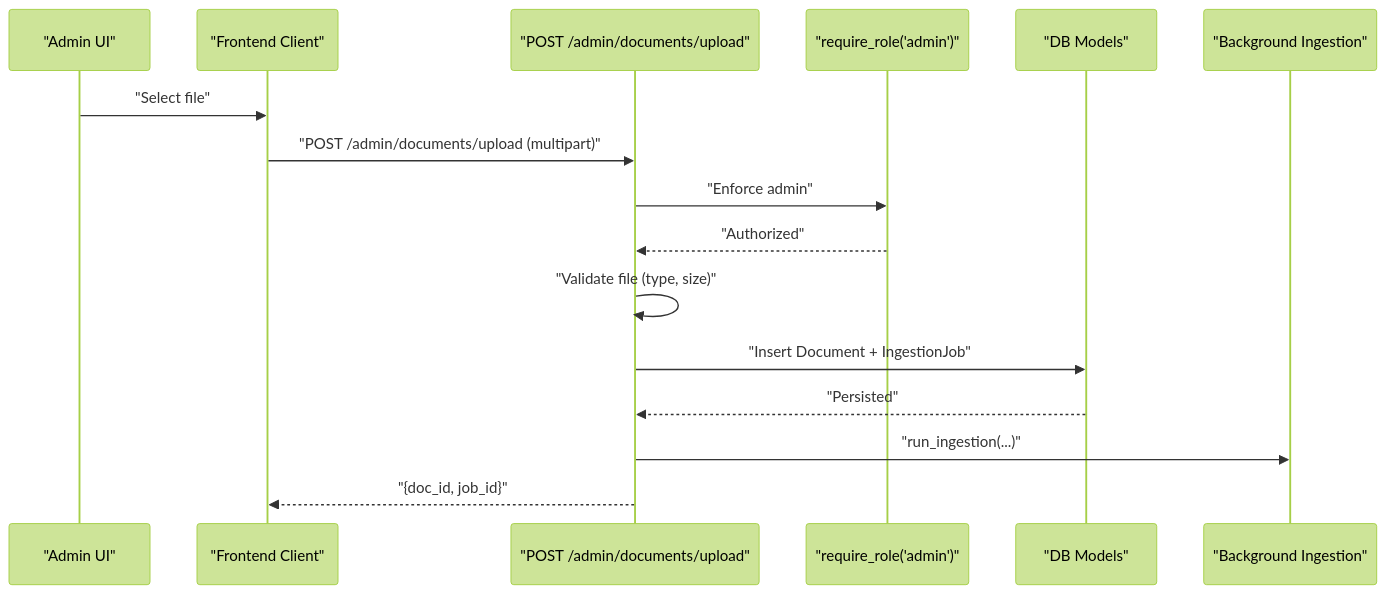
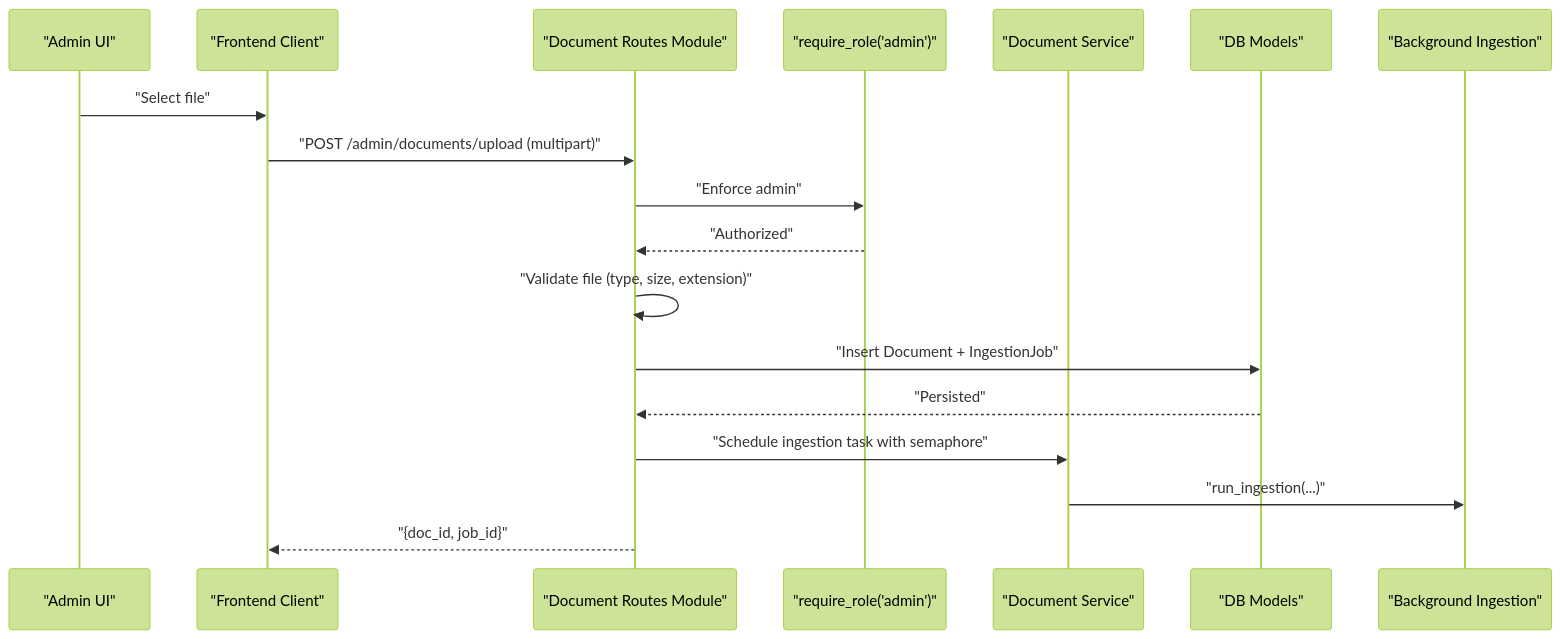
Before and after one commit to genes8/private-ai: the fourth of 7 diagrams in .qoder/repowiki/en/content/Backend Development/API Endpoints/Admin Endpoints.md, drawn with Mermaid (forest theme). The commit also changed other lines of this file and 55 other files, not shown here.

````diff
--- a/.qoder/repowiki/en/content/Backend Development/API Endpoints/Admin Endpoints.md
+++ b/.qoder/repowiki/en/content/Backend Development/API Endpoints/Admin Endpoints.md
@@ -225,18 +281,20 @@
 ```mermaid
 sequenceDiagram
 participant Admin as "Admin UI"
 participant Client as "Frontend Client"
-participant API as "POST /admin/documents/upload"
+participant DR as "Document Routes Module"
 participant Auth as "require_role('admin')"
+participant DS as "Document Service"
 participant DB as "DB Models"
 participant SVC as "Background Ingestion"
 Admin->>Client : "Select file"
-Client->>API : "POST /admin/documents/upload (multipart)"
-API->>Auth : "Enforce admin"
-Auth-->>API : "Authorized"
-API->>API : "Validate file (type, size)"
-API->>DB : "Insert Document + IngestionJob"
-DB-->>API : "Persisted"
-API->>SVC : "run_ingestion(...)"
-API-->>Client : "{doc_id, job_id}"
+Client->>DR : "POST /admin/documents/upload (multipart)"
+DR->>Auth : "Enforce admin"
+Auth-->>DR : "Authorized"
+DR->>DR : "Validate file (type, size, extension)"
+DR->>DB : "Insert Document + IngestionJob"
+DB-->>DR : "Persisted"
+DR->>DS : "Schedule ingestion task with semaphore"
+DS->>SVC : "run_ingestion(...)"
+DR-->>Client : "{doc_id, job_id}"
 ```
````
